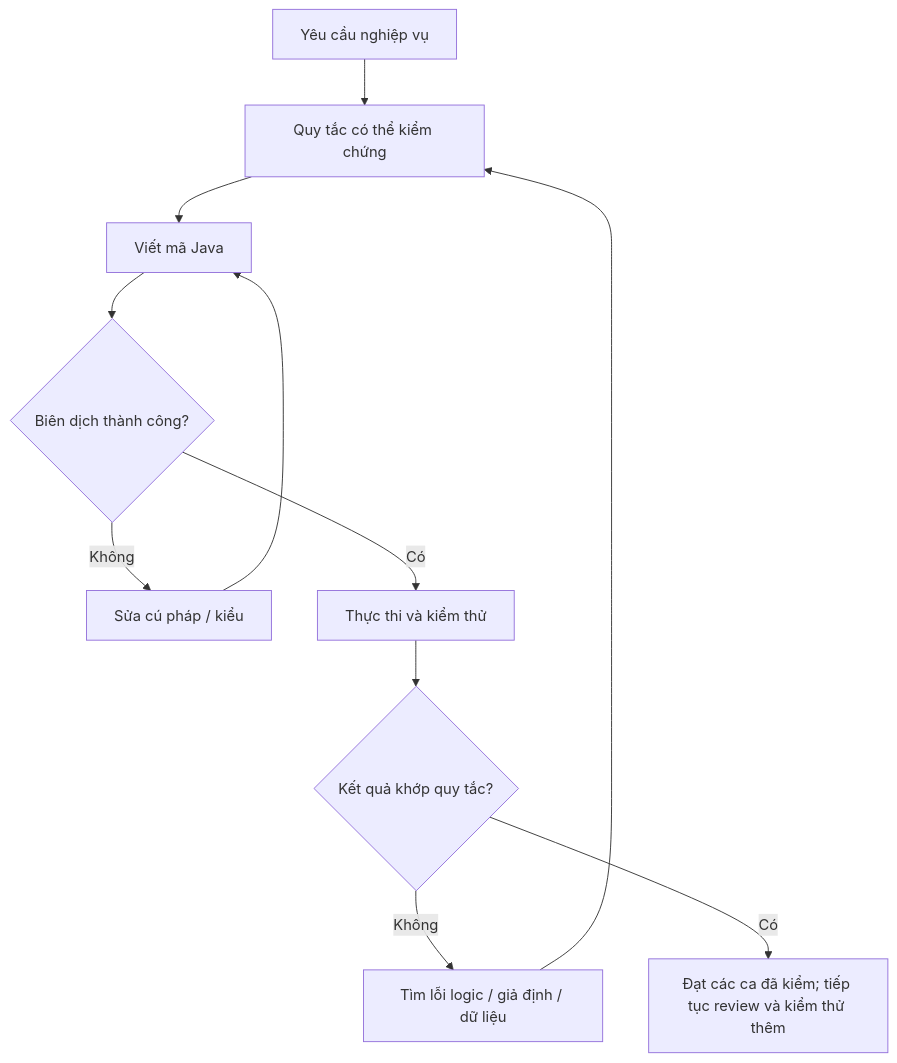
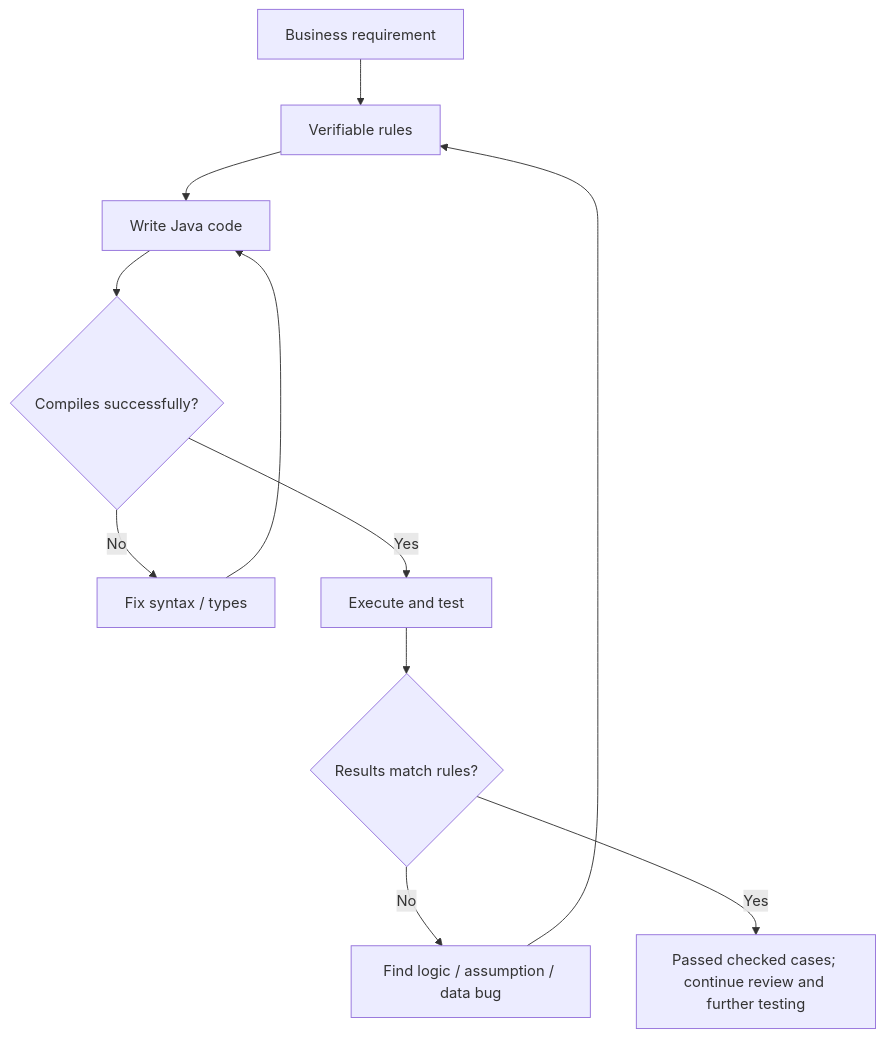
Before and after one commit to phuongnguyenit93/learning-platform-data: the diagram in module/platform/development/programming/language/java/core/language-basics/content/knowledge/en/1.language-overview/language-overview-007.md, drawn with Mermaid. The commit also changed other lines of this file and 2307 other files, not shown here.

```diff
--- a/module/platform/development/programming/language/java/core/language-basics/content/knowledge/en/1.language-overview/language-overview-007.md
+++ b/module/platform/development/programming/language/java/core/language-basics/content/knowledge/en/1.language-overview/language-overview-007.md
@@ -38,13 +38,13 @@
 ~~~mermaid
 flowchart TD
-    A["Yêu cầu nghiệp vụ"] --> B["Quy tắc có thể kiểm chứng"]
-    B --> C["Viết mã Java"]
-    C --> D{"Biên dịch thành công?"}
-    D -->|"Không"| E["Sửa cú pháp / kiểu"]
+    A["Business requirement"] --> B["Verifiable rules"]
+    B --> C["Write Java code"]
+    C --> D{"Compiles successfully?"}
+    D -->|"No"| E["Fix syntax / types"]
     E --> C
-    D -->|"Có"| F["Thực thi và kiểm thử"]
-    F --> G{"Kết quả khớp quy tắc?"}
-    G -->|"Không"| H["Tìm lỗi logic / giả định / dữ liệu"]
+    D -->|"Yes"| F["Execute and test"]
+    F --> G{"Results match rules?"}
+    G -->|"No"| H["Find logic / assumption / data bug"]
     H --> B
-    G -->|"Có"| I["Đạt các ca đã kiểm; tiếp tục review và kiểm thử thêm"]
+    G -->|"Yes"| I["Passed checked cases; continue review and further testing"]
 ~~~
```
